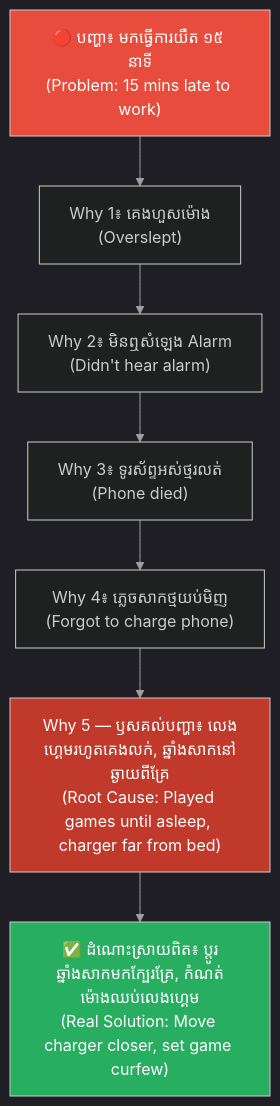
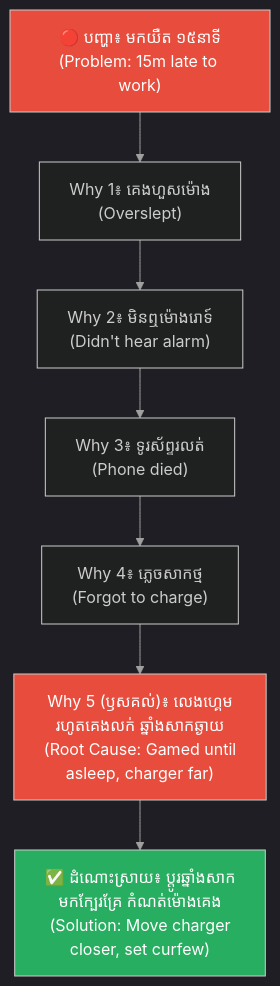
Before and after one commit to iblogger855/iblogger-feeds: the first of 8 diagrams in feeds/concepts/articles/02-five-whys-technique.md, drawn with Mermaid. The commit also changed other lines of this file, not shown here.

Commit message:
docs: improve 02-five-whys-technique.md content layout and diagram styling

````diff
--- a/feeds/concepts/articles/02-five-whys-technique.md
+++ b/feeds/concepts/articles/02-five-whys-technique.md
@@ -117,22 +118,22 @@
 ```mermaid
 %%{init: {
   'theme': 'dark',
   'themeVariables': {
     'background': '#1e1e1e',
     'primaryTextColor': '#ffffff',
     'lineColor': '#a0a0a0'
   },
   'themeCSS': 'svg { background-color: #1e1e1e !important; padding: 1rem !important; border-radius: 8px !important; } .edgeLabel rect { fill: #1e1e1e !important; } text, tspan { fill: #ffffff !important; }'
 }}%%
 graph TD
-    A["🔴 បញ្ហា៖ មកធ្វើការយឺត ១៥ នាទី<br/>(Problem: 15 mins late to work)"] --> B["Why 1៖ គេងហួសម៉ោង<br/>(Overslept)"]
-    B --> C["Why 2៖ មិនឮសំឡេង Alarm<br/>(Didn't hear alarm)"]
-    C --> D["Why 3៖ ទូរស័ព្ទអស់ថ្មរលត់<br/>(Phone died)"]
-    D --> E["Why 4៖ ភ្លេចសាកថ្មយប់មិញ<br/>(Forgot to charge phone)"]
-    E --> F["Why 5 — ឫសគល់បញ្ហា៖ លេងហ្គេមរហូតគេងលក់, ឆ្នាំងសាកនៅឆ្ងាយពីគ្រែ<br/>(Root Cause: Played games until asleep, charger far from bed)"]
-    F --> G["✅ ដំណោះស្រាយពិត៖ ប្តូរឆ្នាំងសាកមកក្បែរគ្រែ, កំណត់ម៉ោងឈប់លេងហ្គេម<br/>(Real Solution: Move charger closer, set game curfew)"]
+    A["🔴 បញ្ហា៖ មកយឺត ១៥នាទី<br/>(Problem: 15m late to work)"] --> B["Why 1៖ គេងហួសម៉ោង<br/>(Overslept)"]
+    B --> C["Why 2៖ មិនឮម៉ោងរោទ៍<br/>(Didn't hear alarm)"]
+    C --> D["Why 3៖ ទូរស័ព្ទរលត់<br/>(Phone died)"]
+    D --> E["Why 4៖ ភ្លេចសាកថ្ម<br/>(Forgot to charge)"]
+    E --> F["Why 5 (ឫសគល់)៖ លេងហ្គេម<br/>រហូតគេងលក់ ឆ្នាំងសាកឆ្ងាយ<br/>(Root Cause: Gamed until<br/>asleep, charger far)"]
+    F --> G["✅ ដំណោះស្រាយ៖ ប្តូរឆ្នាំងសាក<br/>មកក្បែរគ្រែ កំណត់ម៉ោងគេង<br/>(Solution: Move charger<br/>closer, set curfew)"]
 
     style A fill:#e74c3c,color:#fff
-    style F fill:#c0392b,color:#fff
+    style F fill:#e74c3c,color:#fff
     style G fill:#27ae60,color:#fff
 ```
````
